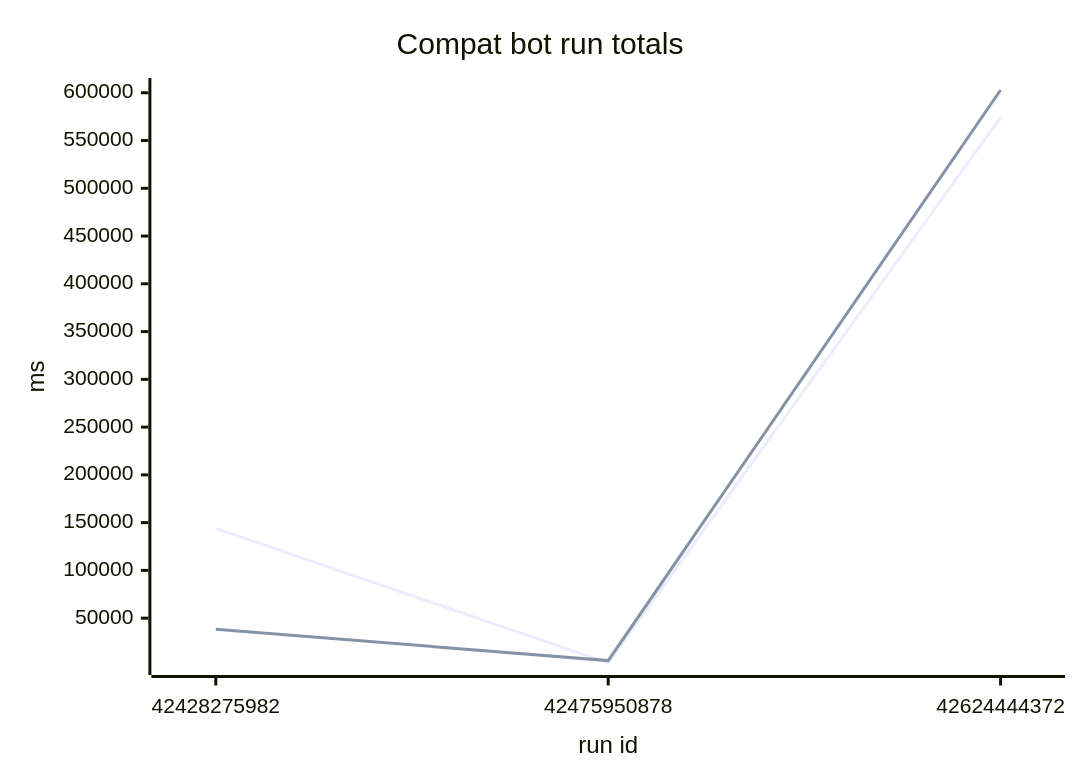
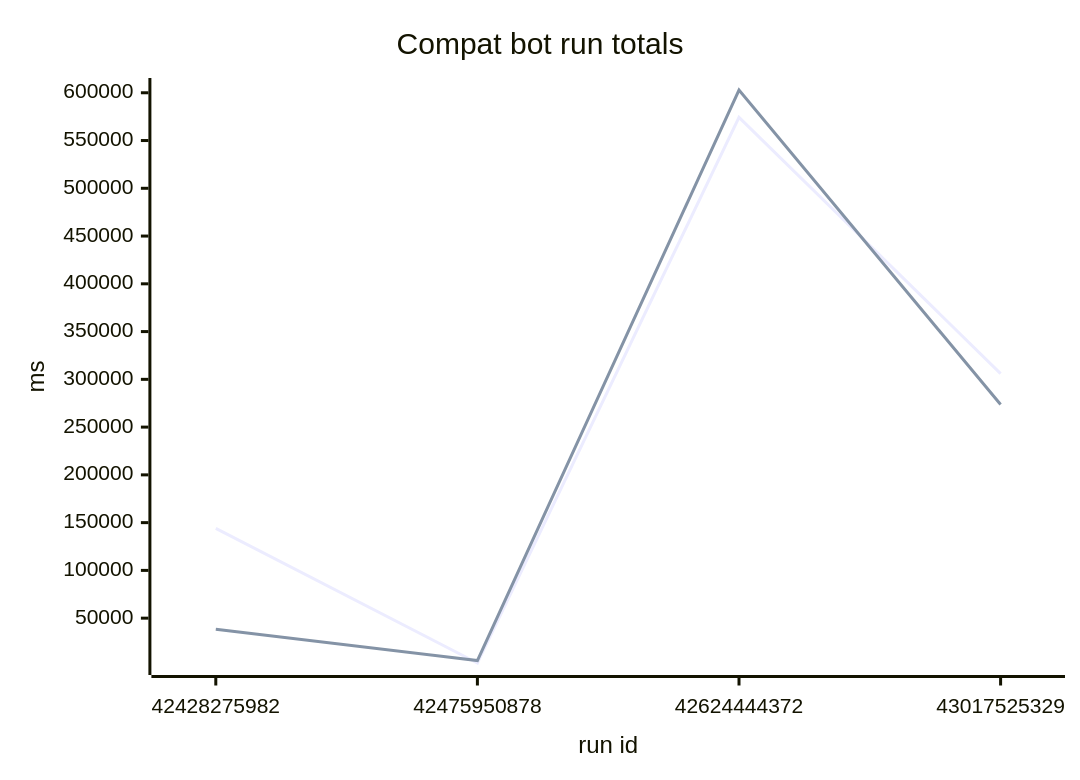
One commit to roc-talon/talon changed the diagram in stats/compat/README.md. Above: the diagram before and after it, drawn with Mermaid. The commit also changed other lines of this file and 2 other files, not shown here.

Commit message:
compat stats: run 43017525329

````diff
--- a/stats/compat/README.md
+++ b/stats/compat/README.md
@@ -7,8 +7,8 @@
 ```mermaid
 xychart-beta
     title "Compat bot run totals"
-    x-axis "run id" ["42428275982", "42475950878", "42624444372"]
+    x-axis "run id" ["42428275982", "42475950878", "42624444372", "43017525329"]
     y-axis "ms"
-    line [143940, 3060, 574300]
-    line [38340, 5610, 602900]
+    line [143940, 3060, 574300, 306000]
+    line [38340, 5610, 602900, 273650]
 ```
````
